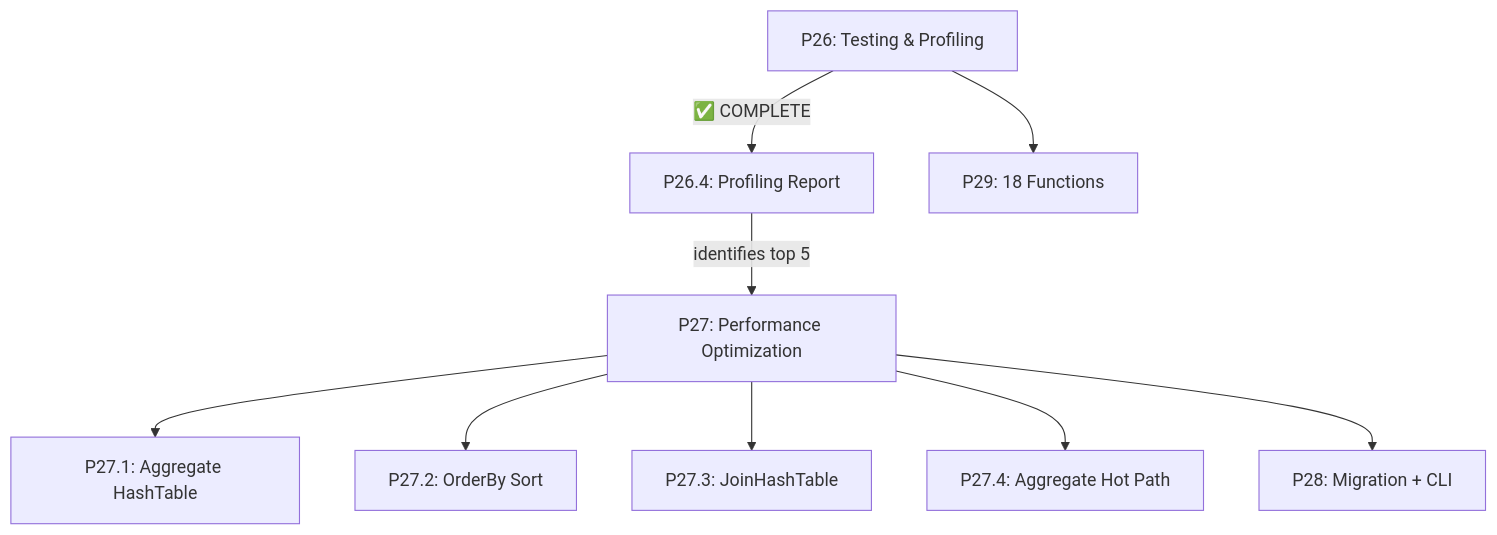
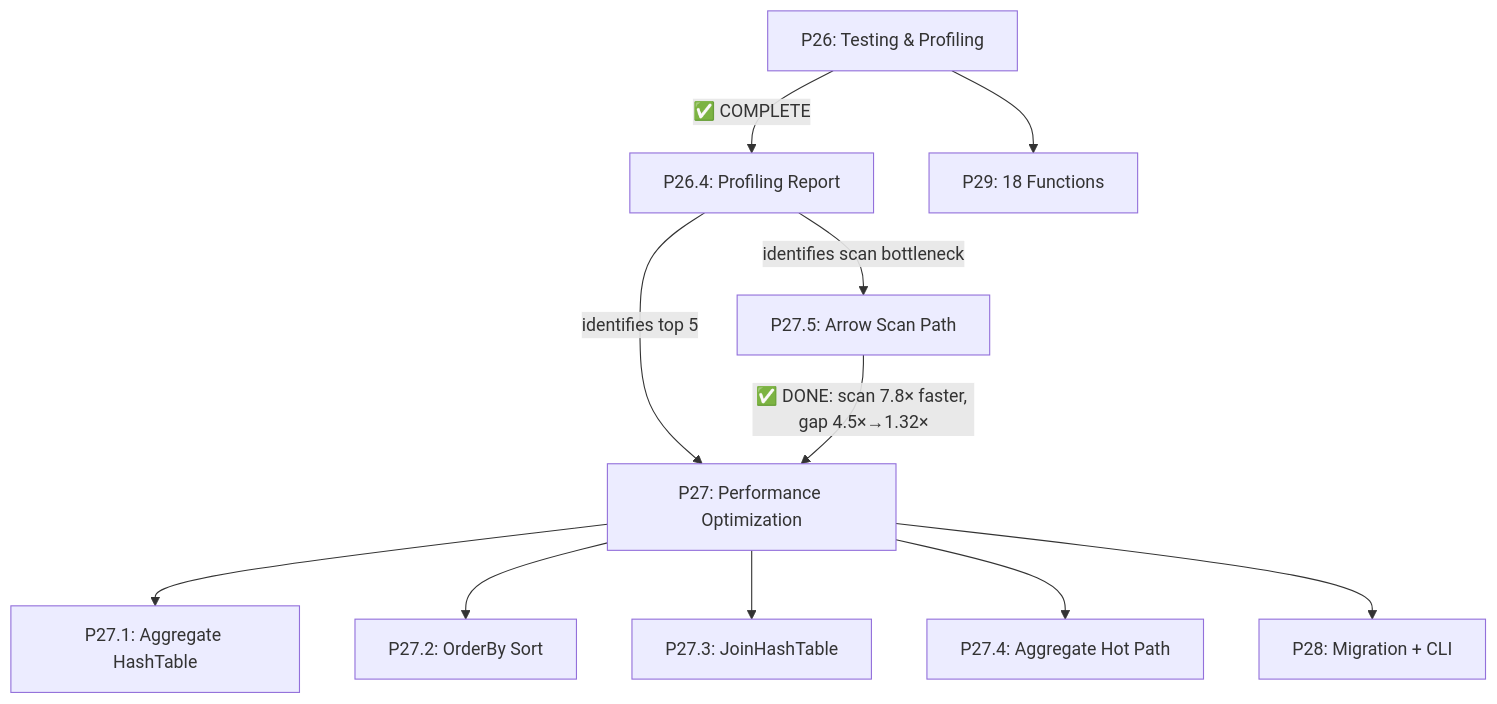
One commit to mlengse/akar changed the diagram in kuzu-core/implementation_plan.md. Above: the diagram before and after it, drawn with Mermaid. The commit also changed other lines of this file, not shown here.

Commit message:
feat: implement physical scan operator with optimized arrow data support and associated performance benchmarks

````diff
--- a/kuzu-core/implementation_plan.md
+++ b/kuzu-core/implementation_plan.md
@@ -393,11 +441,13 @@
 ```mermaid
 graph TD
     P26["P26: Testing & Profiling"] -->|✅ COMPLETE| P26_4["P26.4: Profiling Report"]
+    P26_4 -->|identifies scan bottleneck| P27_5["P27.5: Arrow Scan Path"]
     P26_4 -->|identifies top 5| P27["P27: Performance Optimization"]
+    P27_5 -->|✅ DONE: scan 7.8× faster, gap 4.5×→1.32×| P27
     P27 --> P27_1["P27.1: Aggregate HashTable"]
     P27 --> P27_2["P27.2: OrderBy Sort"]
     P27 --> P27_3["P27.3: JoinHashTable"]
     P27 --> P27_4["P27.4: Aggregate Hot Path"]
     P27 --> P28["P28: Migration + CLI"]
     P26 --> P29["P29: 18 Functions"]
 ```
````
